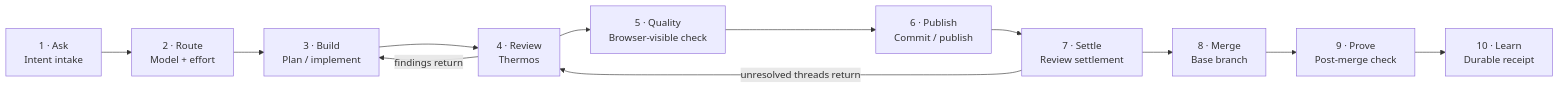
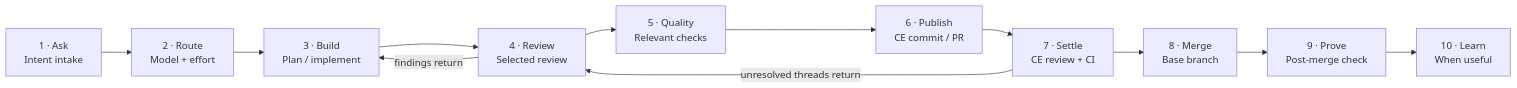
Before and after one commit to novotnyllc/railyard: the diagram in site/src/diagrams/m2-delivery-lifecycle.mmd, drawn with Mermaid. The commit also changed 103 other files, not shown here.

```diff
--- a/site/src/diagrams/m2-delivery-lifecycle.mmd
+++ b/site/src/diagrams/m2-delivery-lifecycle.mmd
@@ -1,14 +1,14 @@
 flowchart LR
     accTitle: M2 delivery lifecycle sequence
-    accDescr: A single request moves through ask, route, build, review, quality, publish, settlement, merge, proof, and learning. Findings return to build and unresolved threads return to review.
+    accDescr: An authorized shipping workflow uses selected review, CE settlement, merge, and proof. Learning is optional; narrower requests stop at their requested outcome.
     A["1 · Ask<br/>Intent intake"] --> B["2 · Route<br/>Model + effort"]
     B --> C["3 · Build<br/>Plan / implement"]
-    C --> D["4 · Review<br/>Thermos"]
-    D --> E["5 · Quality<br/>Browser-visible check"]
-    E --> F["6 · Publish<br/>Commit / publish"]
-    F --> G["7 · Settle<br/>Review settlement"]
+    C --> D["4 · Review<br/>Selected review"]
+    D --> E["5 · Quality<br/>Relevant checks"]
+    E --> F["6 · Publish<br/>CE commit / PR"]
+    F --> G["7 · Settle<br/>CE review + CI"]
     G --> H["8 · Merge<br/>Base branch"]
     H --> I["9 · Prove<br/>Post-merge check"]
-    I --> J["10 · Learn<br/>Durable receipt"]
+    I --> J["10 · Learn<br/>When useful"]
     D -->|findings return| C
     G -->|unresolved threads return| D
```
